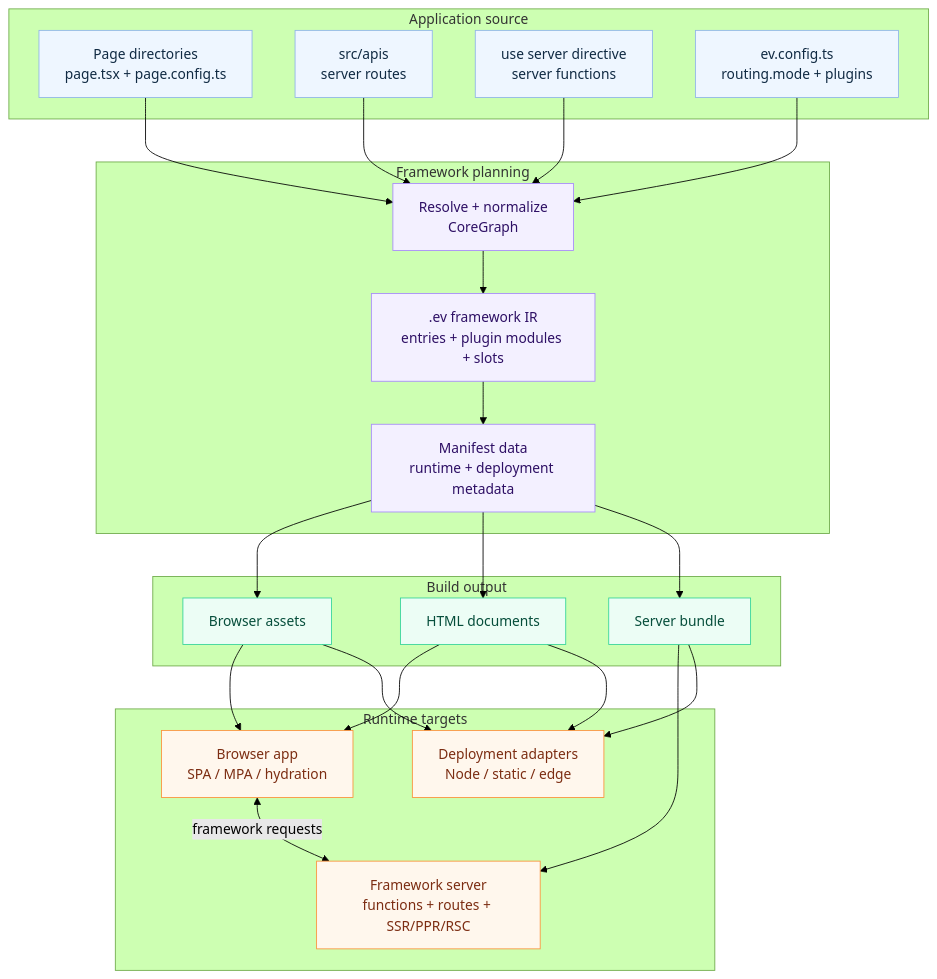
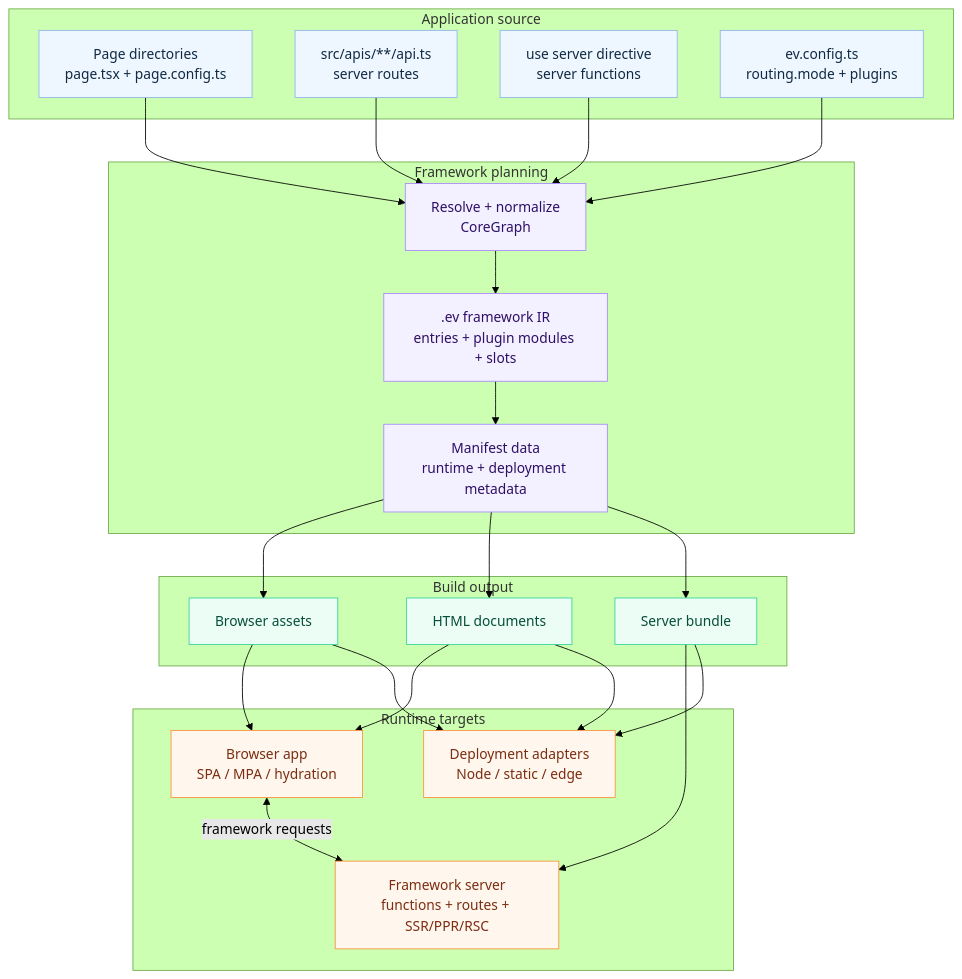
The diagram in docs/docs/overview.md (afx-team/evjs), drawn with Mermaid (forest theme) before and after one commit. The commit also changed other lines of this file and 53 other files, not shown here.

First line of the commit message:
feat(ev): use api file anchors for server routes

````diff
--- a/docs/docs/overview.md
+++ b/docs/docs/overview.md
@@ -38,53 +39,53 @@
 ```mermaid
 flowchart TB
   subgraph Source["Application source"]
     Pages["Page directories\npage.tsx + page.config.ts"]
-    APIs["src/apis\nserver routes"]
+    APIs["src/apis/**/api.ts\nserver routes"]
     Functions["use server directive\nserver functions"]
     Config["ev.config.ts\nrouting.mode + plugins"]
   end
 
   subgraph Framework["Framework planning"]
     Discovery["Resolve + normalize\nCoreGraph"]
     IR[".ev framework IR\nentries + plugin modules + slots"]
     Manifest["Manifest data\nruntime + deployment metadata"]
   end
 
   subgraph Output["Build output"]
     Assets["Browser assets"]
     HTML["HTML documents"]
     ServerBundle["Server bundle"]
   end
 
   subgraph Runtime["Runtime targets"]
     Browser["Browser app\nSPA / MPA / hydration"]
     Server["Framework server\nfunctions + routes + SSR/PPR/RSC"]
     Deploy["Deployment adapters\nNode / static / edge"]
   end
 
   Pages --> Discovery
   APIs --> Discovery
   Functions --> Discovery
   Config --> Discovery
   Discovery --> IR
   IR --> Manifest
   Manifest --> Assets
   Manifest --> HTML
   Manifest --> ServerBundle
   Assets --> Browser
   HTML --> Browser
   ServerBundle --> Server
   Browser <-->|"framework requests"| Server
   Assets --> Deploy
   HTML --> Deploy
   ServerBundle --> Deploy
 
   classDef source fill:#eef6ff,stroke:#8fb5e8,color:#102a43;
   classDef ir fill:#f3f0ff,stroke:#a78bfa,color:#2e1065;
   classDef output fill:#ecfdf5,stroke:#34d399,color:#064e3b;
   classDef runtime fill:#fff7ed,stroke:#fb923c,color:#7c2d12;
   class Pages,APIs,Functions,Config source;
   class Discovery,IR,Manifest ir;
   class Assets,HTML,ServerBundle output;
   class Browser,Server,Deploy runtime;
 ```
````
